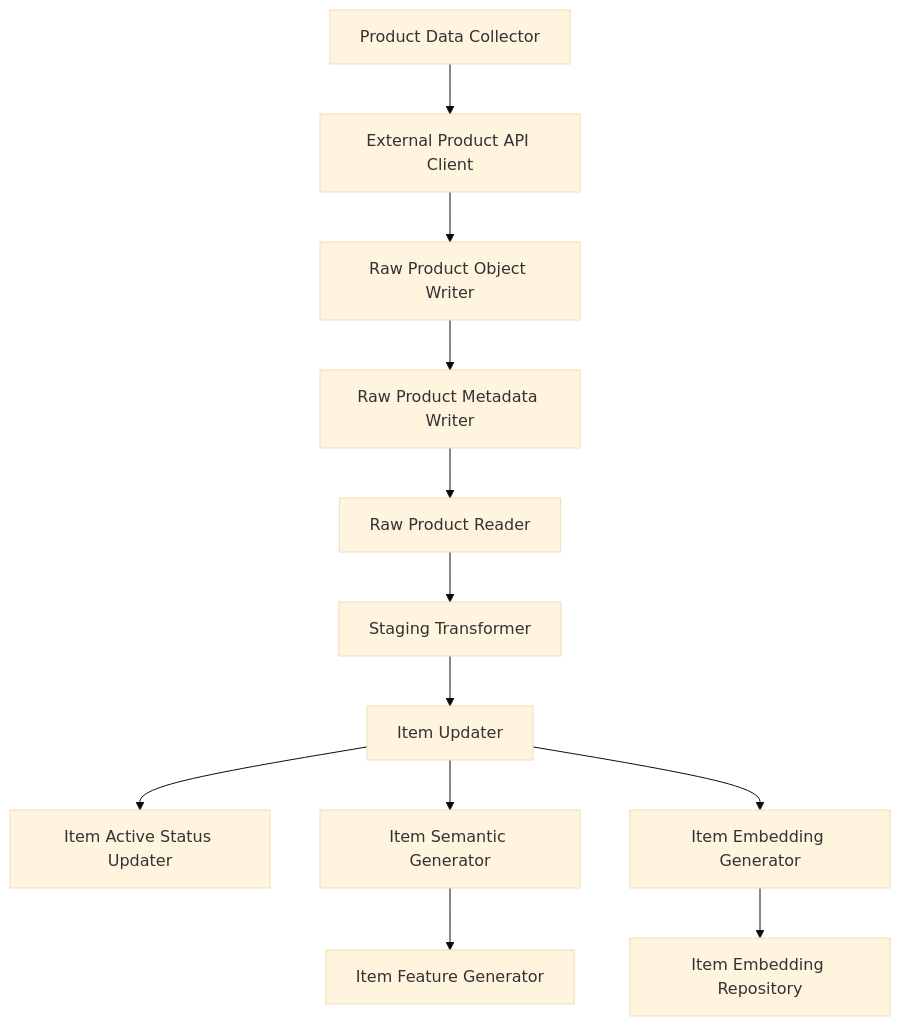
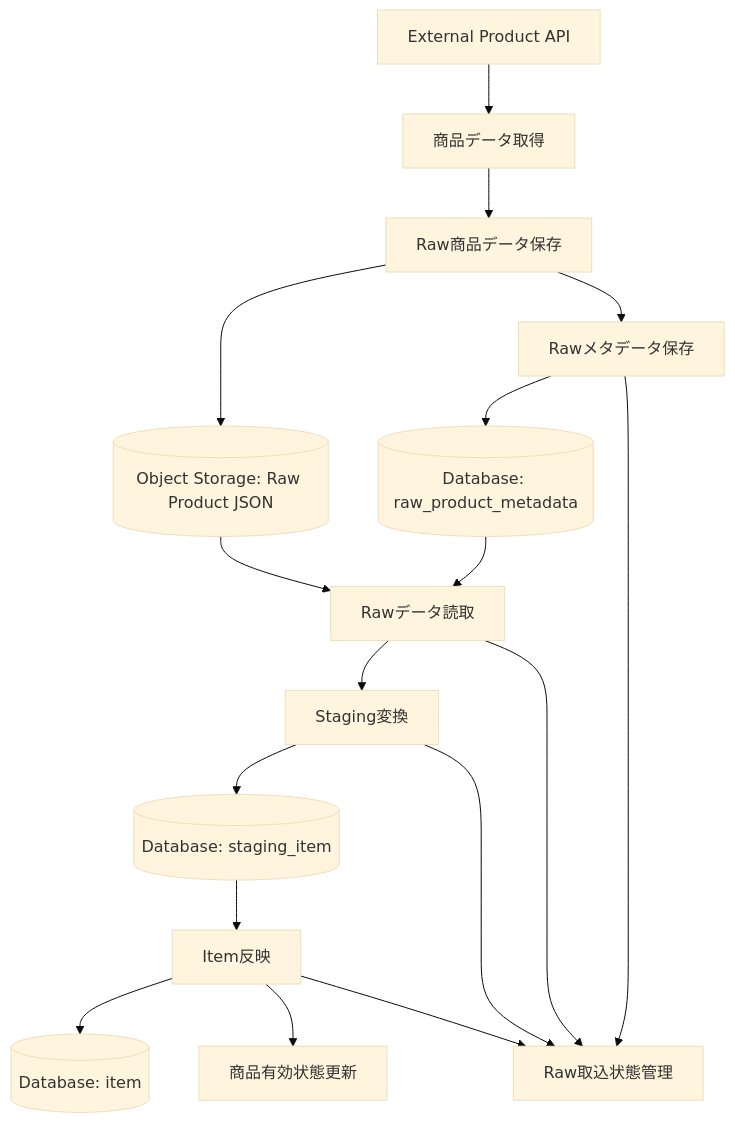
Before and after one commit to ryo-chan-k6/GiftRecommendAPP_MVP_CYCLE_3: the fourth of 7 diagrams in docs/05_アプリケーション設計/アプリ/モジュール一覧.md, drawn with Mermaid (base theme). The commit also changed other lines of this file, not shown here.

````diff
--- a/docs/05_アプリケーション設計/アプリ/モジュール一覧.md
+++ b/docs/05_アプリケーション設計/アプリ/モジュール一覧.md
@@ -699,14 +338,19 @@
 ```mermaid
 flowchart TD
-    A[Product Data Collector] --> B[External Product API Client]
-    B --> C[Raw Product Object Writer]
-    C --> D[Raw Product Metadata Writer]
-    D --> E[Raw Product Reader]
-    E --> F[Staging Transformer]
-    F --> G[Item Updater]
-    G --> H[Item Active Status Updater]
-    G --> I[Item Semantic Generator]
-    I --> J[Item Feature Generator]
-    G --> K[Item Embedding Generator]
-    K --> L[Item Embedding Repository]
+    A[External Product API] --> B[商品データ取得]
+    B --> C[Raw商品データ保存]
+    C --> D[(Object Storage: Raw Product JSON)]
+    C --> E[Rawメタデータ保存]
+    E --> F[(Database: raw_product_metadata)]
+    F --> G[Rawデータ読取]
+    D --> G
+    G --> H[Staging変換]
+    H --> I[(Database: staging_item)]
+    I --> J[Item反映]
+    J --> K[(Database: item)]
+    J --> L[商品有効状態更新]
+    E --> M[Raw取込状態管理]
+    G --> M
+    H --> M
+    J --> M
 ```
````
